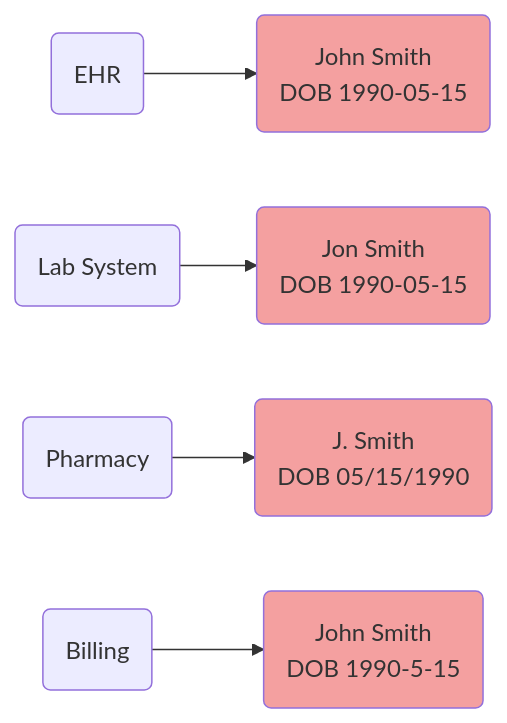
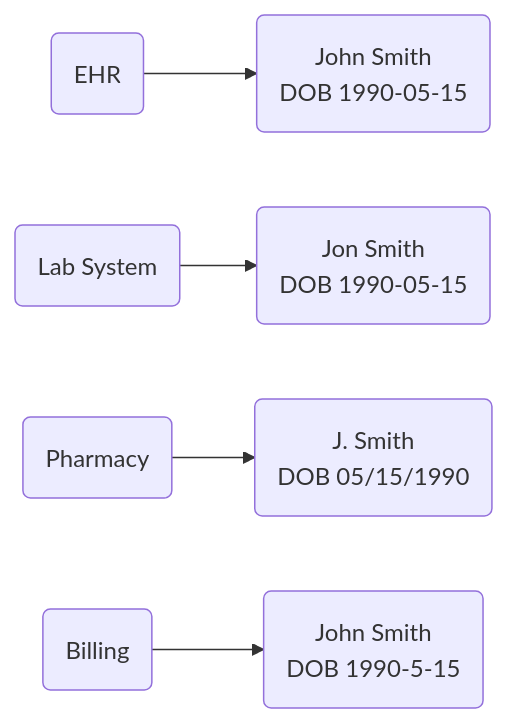
One commit to HealthSamurai/mdmbox-docs changed the first of 4 diagrams in docs/mdm-theory.md. Above: the diagram before and after it, drawn with Mermaid. The commit also changed other lines of this file and 2 other files, not shown here.

Commit message:
fix: replace inline styles with color classes in Mermaid diagrams

````diff
--- a/docs/mdm-theory.md
+++ b/docs/mdm-theory.md
@@ -14,12 +14,7 @@
 ```mermaid
 graph LR
-    EHR(EHR) --> P1(John Smith\nDOB 1990-05-15)
-    Lab(Lab System) --> P2(Jon Smith\nDOB 1990-05-15)
-    Pharmacy(Pharmacy) --> P3(J. Smith\nDOB 05/15/1990)
-    Billing(Billing) --> P4(John Smith\nDOB 1990-5-15)
-
-    style P1 fill:#f4a0a0
-    style P2 fill:#f4a0a0
-    style P3 fill:#f4a0a0
-    style P4 fill:#f4a0a0
+    EHR(EHR) --> P1(John Smith\nDOB 1990-05-15):::red2
+    Lab(Lab System) --> P2(Jon Smith\nDOB 1990-05-15):::red2
+    Pharmacy(Pharmacy) --> P3(J. Smith\nDOB 05/15/1990):::red2
+    Billing(Billing) --> P4(John Smith\nDOB 1990-5-15):::red2
 ```
````
